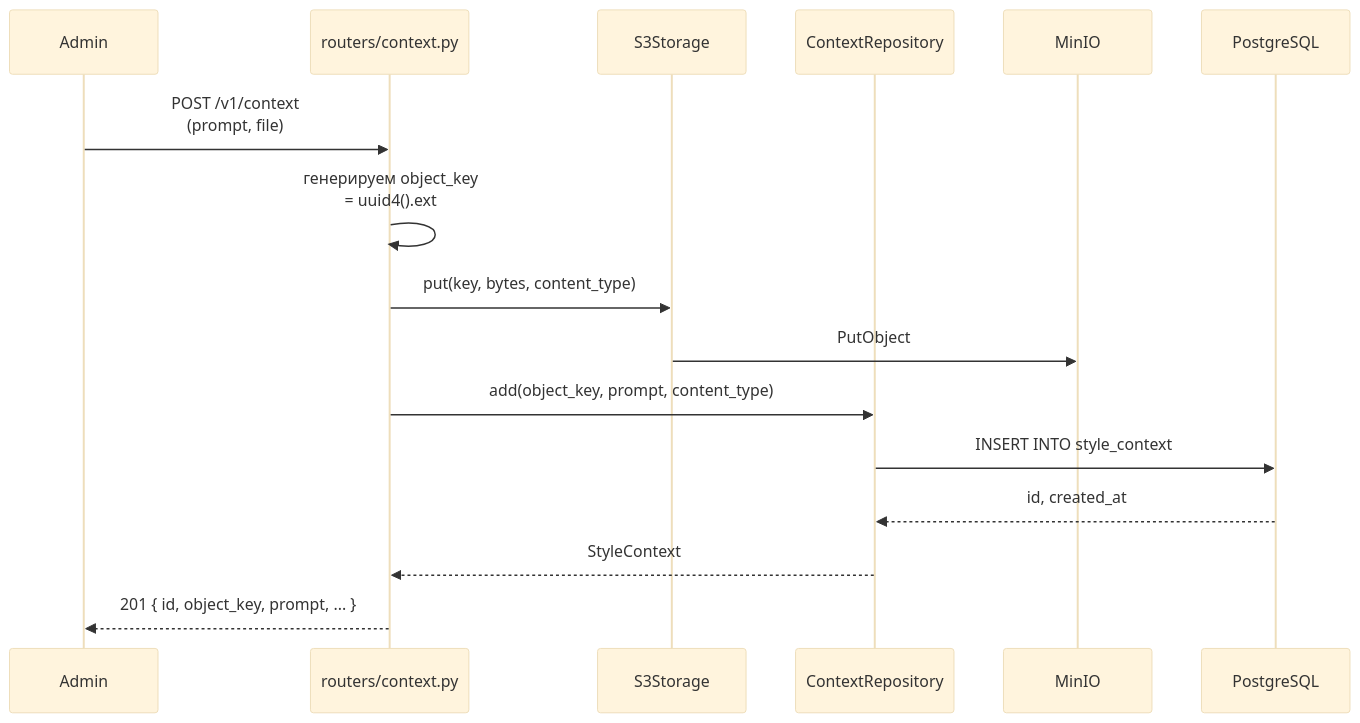
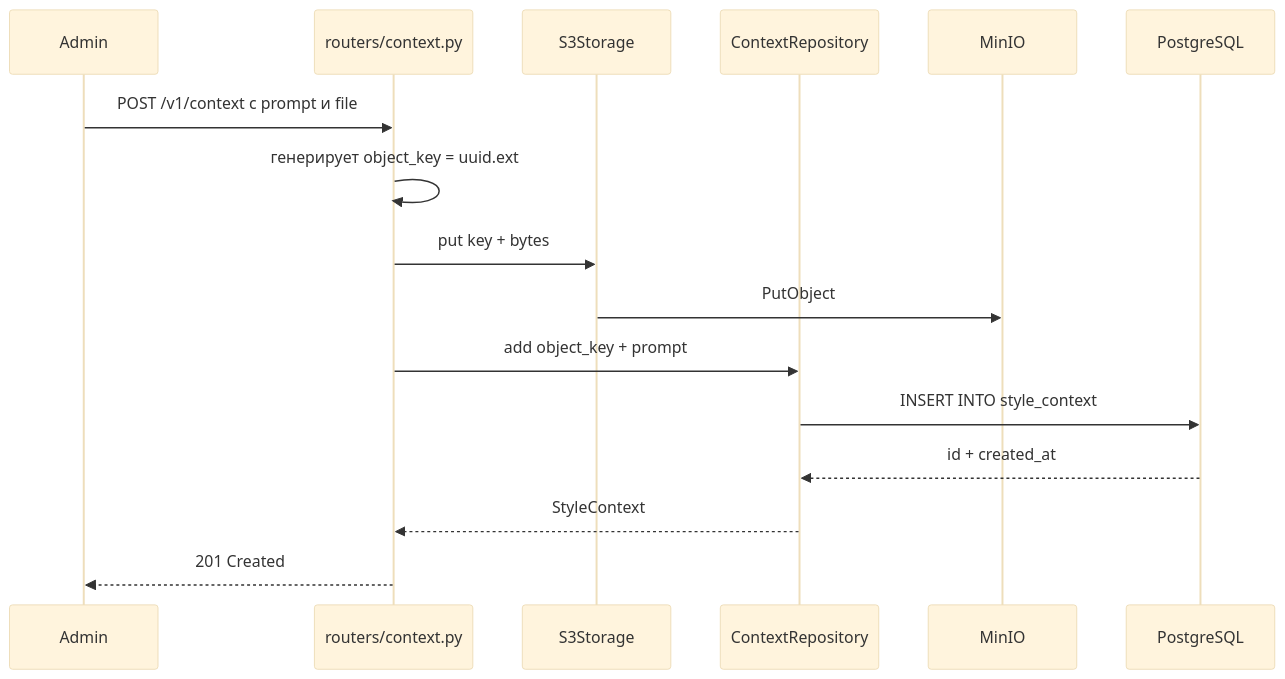
One commit to esgon191/icon-gen changed the second of 4 diagrams in README.md. Above: the diagram before and after it, drawn with Mermaid (base theme). The commit also changed other lines of this file, not shown here.

````diff
--- a/README.md
+++ b/README.md
@@ -68,19 +68,19 @@
 ```mermaid
 sequenceDiagram
     participant Admin
     participant Router as routers/context.py
     participant Storage as S3Storage
     participant Repo as ContextRepository
     participant MinIO
     participant PG as PostgreSQL
 
-    Admin->>Router: POST /v1/context<br/>(prompt, file)
-    Router->>Router: генерируем object_key<br/>= uuid4().ext
-    Router->>Storage: put(key, bytes, content_type)
+    Admin->>Router: POST /v1/context с prompt и file
+    Router->>Router: генерирует object_key = uuid.ext
+    Router->>Storage: put key + bytes
     Storage->>MinIO: PutObject
-    Router->>Repo: add(object_key, prompt, content_type)
+    Router->>Repo: add object_key + prompt
     Repo->>PG: INSERT INTO style_context
-    PG-->>Repo: id, created_at
+    PG-->>Repo: id + created_at
     Repo-->>Router: StyleContext
-    Router-->>Admin: 201 { id, object_key, prompt, ... }
+    Router-->>Admin: 201 Created
 ```
````
